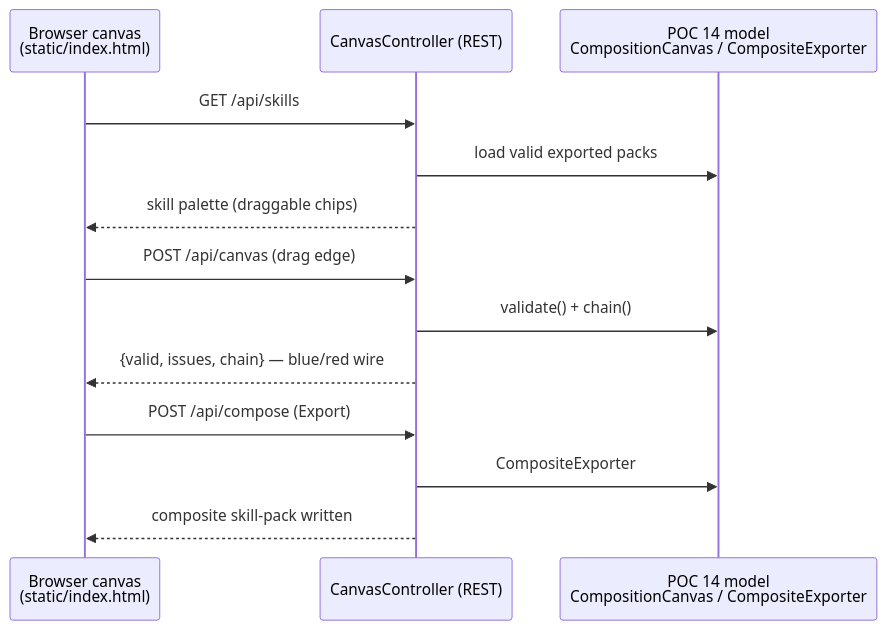
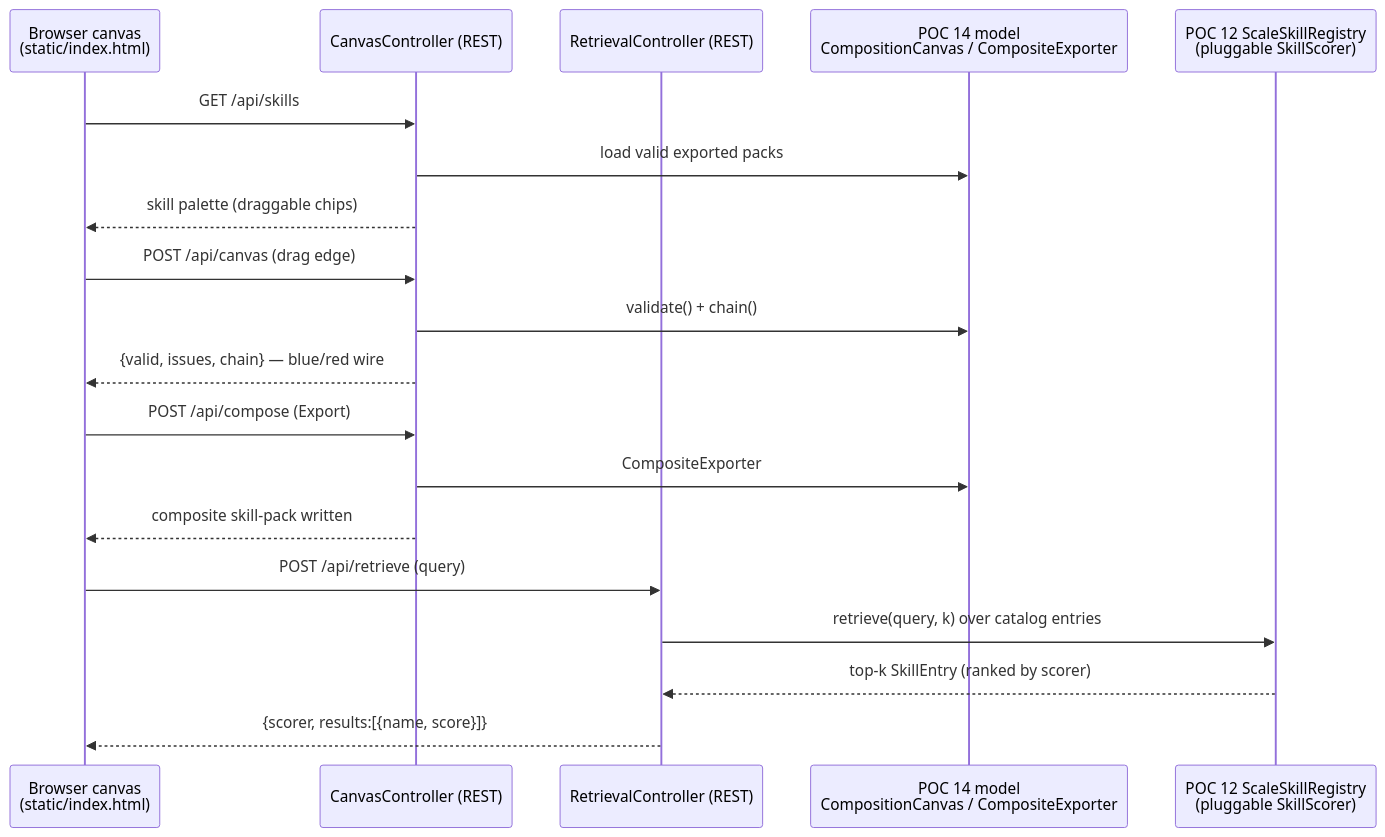
The diagram in poc/poc-15-composer-ui/README.md (iromu/embabel-smith), drawn with Mermaid before and after one commit. The commit also changed other lines of this file and 10 other files, not shown here.

First line of the commit message:
Add a retrieval pane to the POC 15 builder UI, and update the POC run report

````diff
--- a/poc/poc-15-composer-ui/README.md
+++ b/poc/poc-15-composer-ui/README.md
@@ -29,15 +34,21 @@
 ```mermaid
 sequenceDiagram
     participant B as Browser canvas<br/>(static/index.html)
     participant C as CanvasController (REST)
+    participant R as RetrievalController (REST)
     participant M as POC 14 model<br/>CompositionCanvas / CompositeExporter
+    participant S as POC 12 ScaleSkillRegistry<br/>(pluggable SkillScorer)
     B ->> C: GET /api/skills
     C ->> M: load valid exported packs
     C -->> B: skill palette (draggable chips)
     B ->> C: POST /api/canvas (drag edge)
     C ->> M: validate() + chain()
     C -->> B: {valid, issues, chain} — blue/red wire
     B ->> C: POST /api/compose (Export)
     C ->> M: CompositeExporter
     C -->> B: composite skill-pack written
+    B ->> R: POST /api/retrieve (query)
+    R ->> S: retrieve(query, k) over catalog entries
+    S -->> R: top-k SkillEntry (ranked by scorer)
+    R -->> B: {scorer, results:[{name, score}]}
 ```
````
